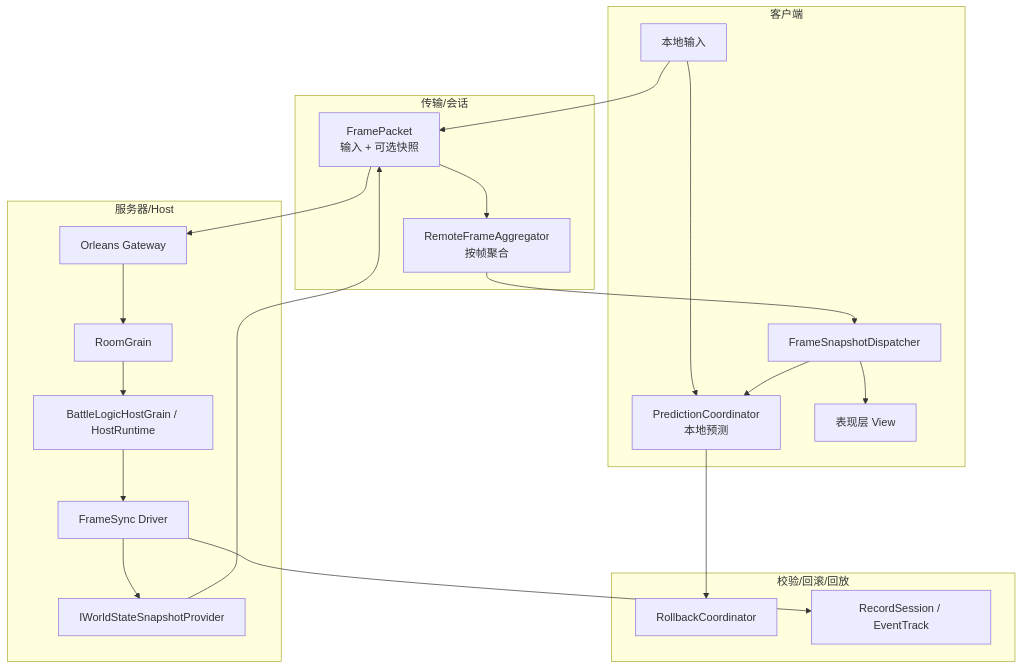
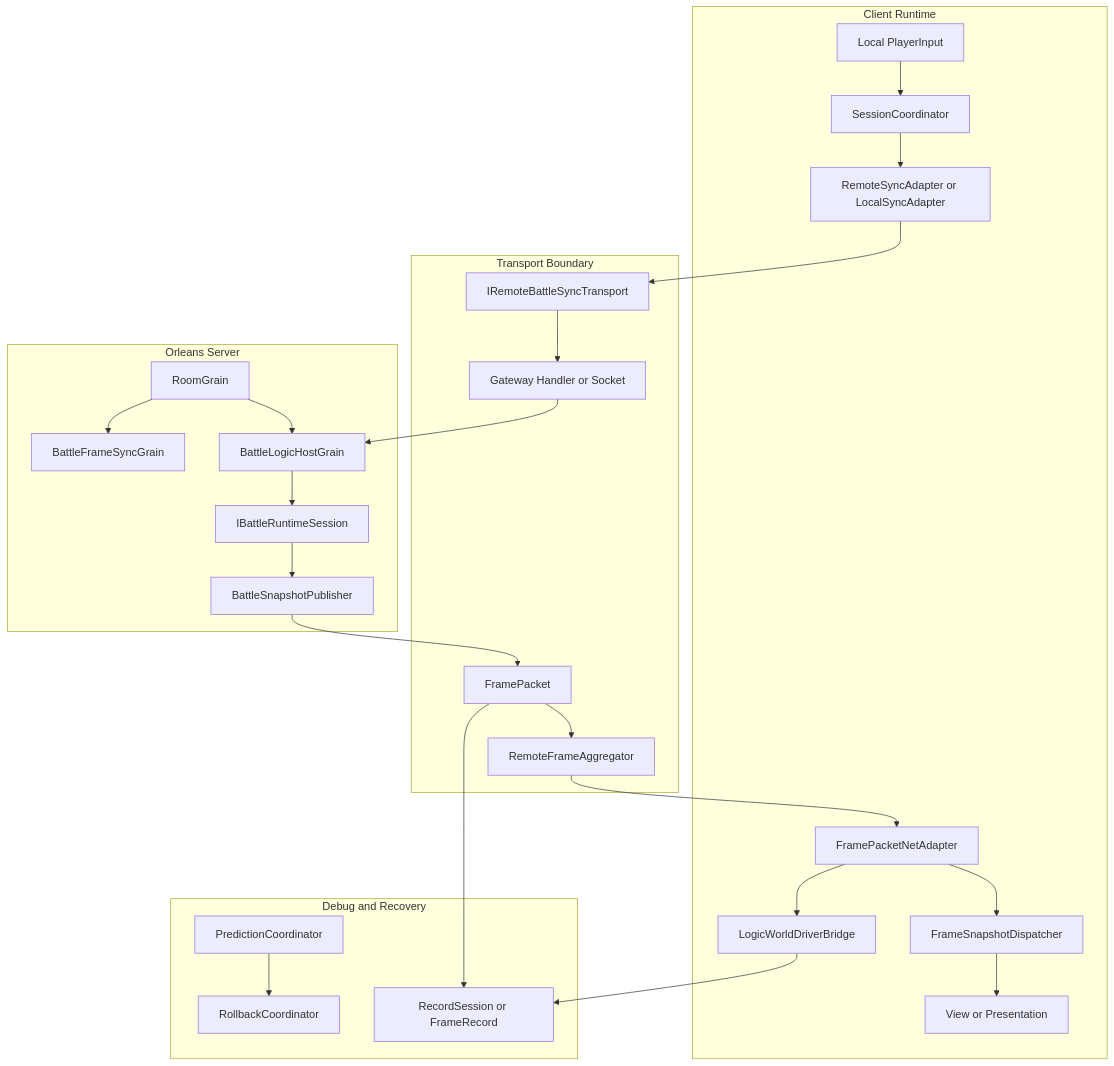
The first of 8 diagrams in Docs/design/07-NetworkSynchronization/00-SynchronizationCapabilityMap.md (Kurumioi/AbilityKit), drawn with Mermaid before and after one commit. The commit also changed other lines of this file and 389 other files, not shown here.

````diff
--- a/Docs/design/07-NetworkSynchronization/00-SynchronizationCapabilityMap.md
+++ b/Docs/design/07-NetworkSynchronization/00-SynchronizationCapabilityMap.md
@@ -9,42 +47,52 @@
 ```mermaid
 flowchart TB
-    subgraph Client[客户端]
-        LocalInput[本地输入]
-        Prediction[PredictionCoordinator\n本地预测]
-        View[表现层 View]
+    subgraph Client[Client Runtime]
+        Input[Local PlayerInput]
+        Coordinator[SessionCoordinator]
+        SyncAdapter[RemoteSyncAdapter or LocalSyncAdapter]
+        Driver[LogicWorldDriverBridge]
+        NetAdapter[FramePacketNetAdapter]
         SnapshotDispatch[FrameSnapshotDispatcher]
+        View[View or Presentation]
     end
 
-    subgraph Transport[传输/会话]
-        FramePacket[FramePacket\n输入 + 可选快照]
-        Aggregator[RemoteFrameAggregator\n按帧聚合]
+    subgraph Transport[Transport Boundary]
+        Port[IRemoteBattleSyncTransport]
+        Gateway[Gateway Handler or Socket]
+        Packet[FramePacket]
+        Aggregator[RemoteFrameAggregator]
     end
 
-    subgraph Server[服务器/Host]
-        Gateway[Orleans Gateway]
+    subgraph Server[Orleans Server]
         Room[RoomGrain]
-        Battle[BattleLogicHostGrain / HostRuntime]
-        FrameSync[FrameSync Driver]
-        SnapshotProvider[IWorldStateSnapshotProvider]
+        FrameSync[BattleFrameSyncGrain]
+        Battle[BattleLogicHostGrain]
+        Runtime[IBattleRuntimeSession]
+        Publisher[BattleSnapshotPublisher]
     end
 
-    subgraph Reliability[校验/回滚/回放]
+    subgraph Reliability[Debug and Recovery]
+        Prediction[PredictionCoordinator]
         Rollback[RollbackCoordinator]
-        Record[RecordSession / EventTrack]
+        Record[RecordSession or FrameRecord]
     end
 
-    LocalInput --> Prediction
-    LocalInput --> FramePacket
-    FramePacket --> Gateway
-    Gateway --> Room
+    Input --> Coordinator
+    Coordinator --> SyncAdapter
+    SyncAdapter --> Port
+    Port --> Gateway
+    Gateway --> Battle
     Room --> Battle
-    Battle --> FrameSync
-    FrameSync --> SnapshotProvider
-    SnapshotProvider --> FramePacket
-    FramePacket --> Aggregator
-    Aggregator --> SnapshotDispatch
+    Room --> FrameSync
+    Battle --> Runtime
+    Runtime --> Publisher
+    Publisher --> Packet
+    Packet --> Aggregator
+    Aggregator --> NetAdapter
+    NetAdapter --> SnapshotDispatch
     SnapshotDispatch --> View
-    SnapshotDispatch --> Prediction
+    NetAdapter --> Driver
     Prediction --> Rollback
-    FrameSync --> Record
+    Driver --> Record
+    Packet --> Record
 ```
````
